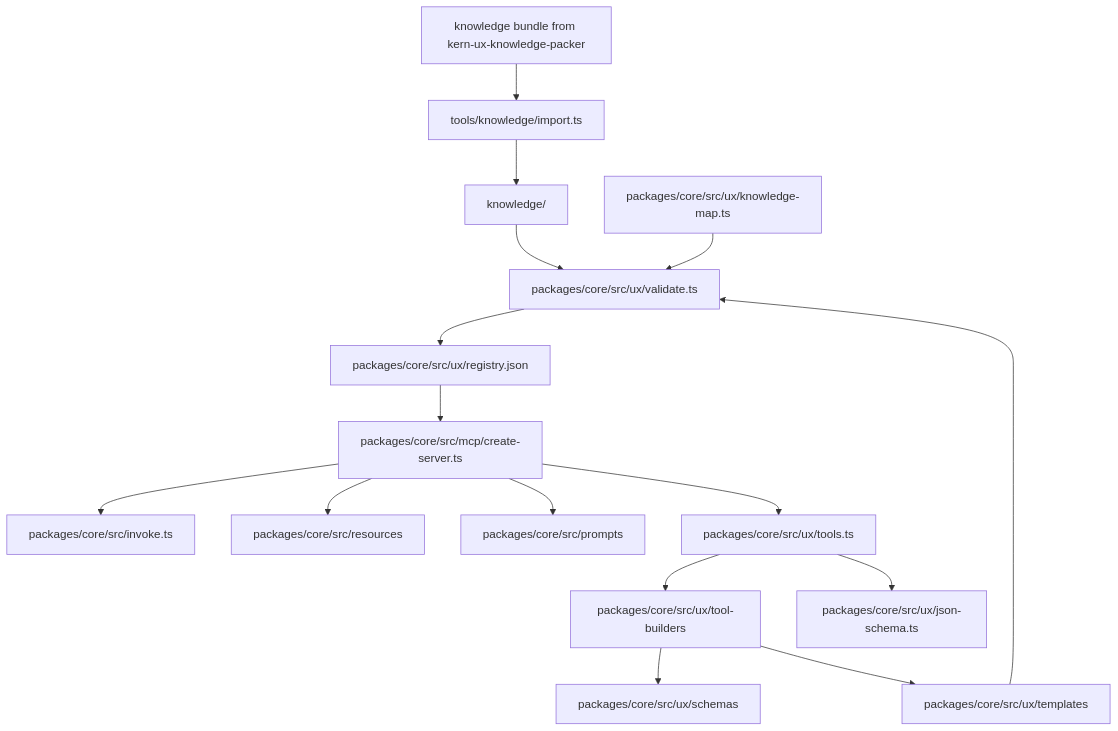
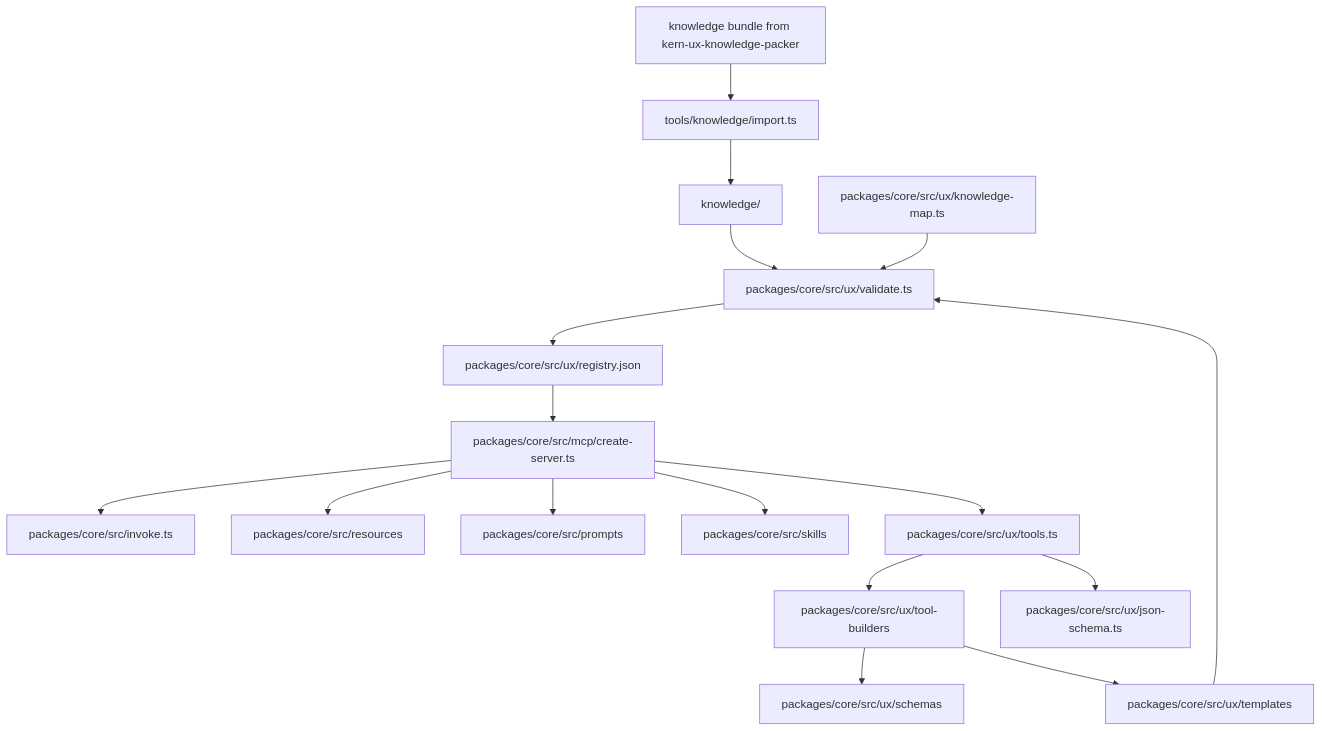
One commit to leonio/kern-ux-mcp changed the diagram in docs/codebase-guide.md. Above: the diagram before and after it, drawn with Mermaid. The commit also changed other lines of this file and 25 other files, not shown here.

````diff
--- a/docs/codebase-guide.md
+++ b/docs/codebase-guide.md
@@ -9,18 +9,19 @@
 ```mermaid
 flowchart TD
   A[knowledge bundle from kern-ux-knowledge-packer] --> B[tools/knowledge/import.ts]
   B --> C[knowledge/]
   C --> K[packages/core/src/ux/knowledge-projection.ts]
   M[packages/core/src/ux/knowledge-map.ts] --> K
   K --> D[packages/core/src/ux/registry.json]
   D --> E[packages/core/src/mcp/create-server.ts]
   E --> P[packages/core/src/invoke.ts]
   E --> R[packages/core/src/resources]
   E --> Q[packages/core/src/prompts]
+  E --> S[packages/core/src/skills]
   E --> F[packages/core/src/ux/tools.ts]
   F --> G[packages/core/src/ux/tool-builders]
   G --> H[packages/core/src/ux/schemas]
   G --> I[packages/core/src/ux/templates]
   F --> J[packages/core/src/ux/json-schema.ts]
   I --> K[packages/core/src/ux/validate.ts]
 ```
````
